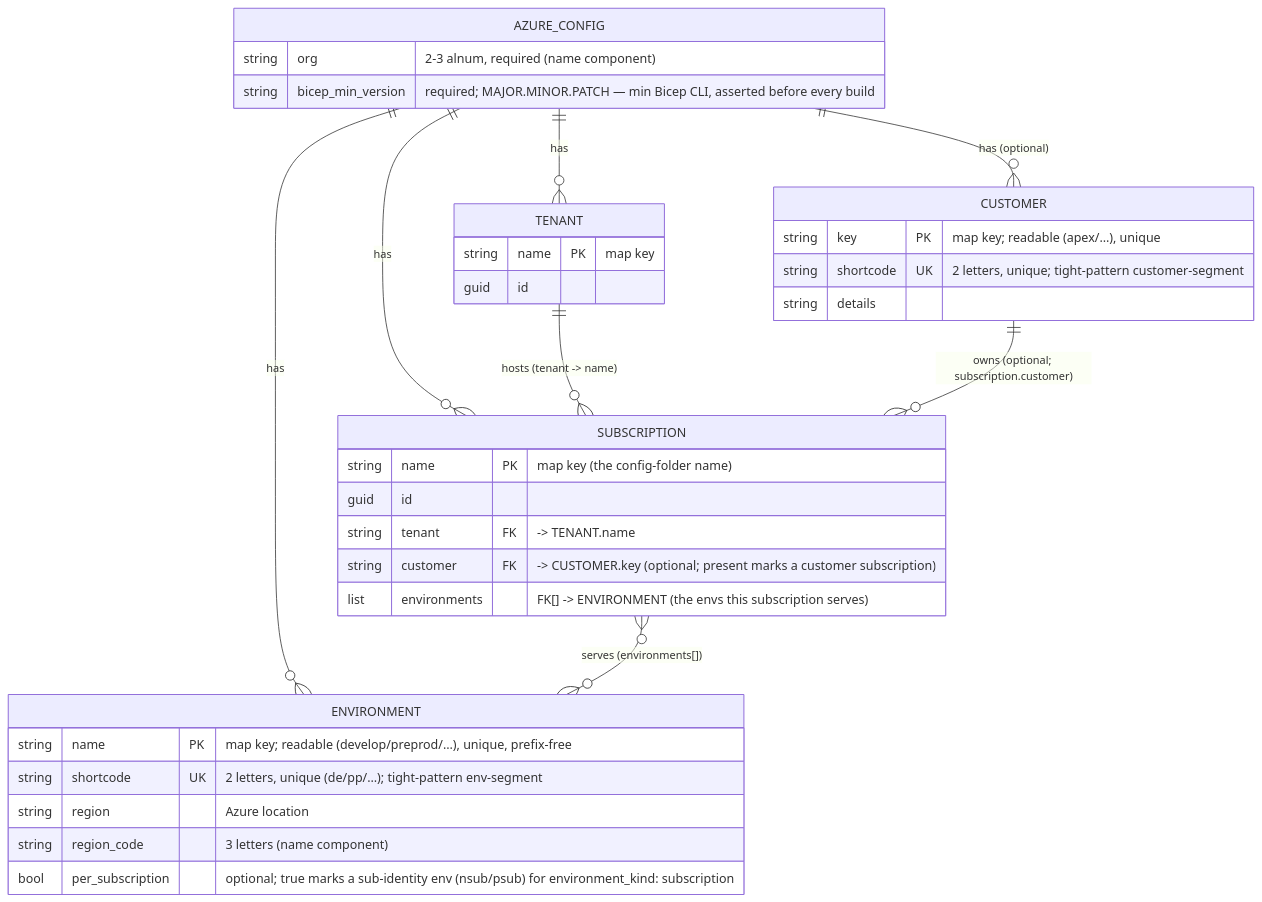
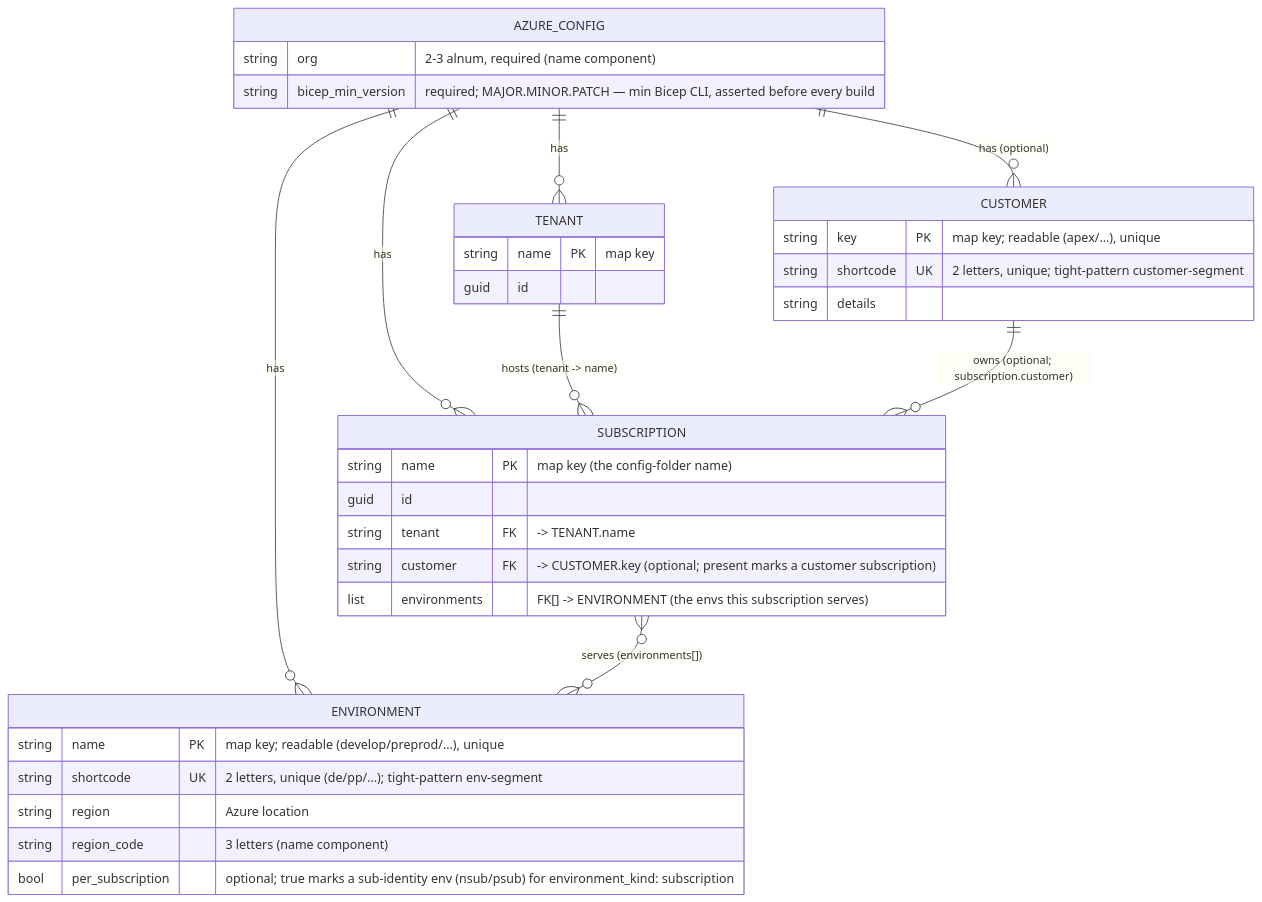
The first of 2 diagrams in docs/adr/azure/azure-data-model.md (casperease/catzc), drawn with Mermaid before and after one commit. The commit also changed other lines of this file and 96 other files, not shown here.

````diff
--- a/docs/adr/azure/azure-data-model.md
+++ b/docs/adr/azure/azure-data-model.md
@@ -113,38 +113,38 @@
 ```mermaid
 erDiagram
     AZURE_CONFIG ||--o{ TENANT       : has
     AZURE_CONFIG ||--o{ CUSTOMER     : "has (optional)"
     AZURE_CONFIG ||--o{ ENVIRONMENT  : has
     AZURE_CONFIG ||--o{ SUBSCRIPTION : has
     TENANT       ||--o{ SUBSCRIPTION : "hosts (tenant -> name)"
     CUSTOMER     ||--o{ SUBSCRIPTION : "owns (optional; subscription.customer)"
     SUBSCRIPTION }o--o{ ENVIRONMENT  : "serves (environments[])"
 
     AZURE_CONFIG {
         string org "2-3 alnum, required (name component)"
         string bicep_min_version "required; MAJOR.MINOR.PATCH — min Bicep CLI, asserted before every build"
     }
     TENANT {
         string name PK "map key"
         guid   id
     }
     CUSTOMER {
         string key       PK "map key; readable (apex/…), unique"
         string shortcode UK "2 letters, unique; tight-pattern customer-segment"
         string details
     }
     ENVIRONMENT {
-        string name             PK "map key; readable (develop/preprod/…), unique, prefix-free"
+        string name             PK "map key; readable (develop/preprod/…), unique"
         string shortcode        UK "2 letters, unique (de/pp/…); tight-pattern env-segment"
         string region           "Azure location"
         string region_code      "3 letters (name component)"
         bool   per_subscription "optional; true marks a sub-identity env (nsub/psub) for environment_kind: subscription"
     }
     SUBSCRIPTION {
         string name     PK "map key (the config-folder name)"
         guid   id
         string tenant   FK "-> TENANT.name"
         string customer FK "-> CUSTOMER.key (optional; present marks a customer subscription)"
         list   environments "FK[] -> ENVIRONMENT (the envs this subscription serves)"
     }
 ```
````
